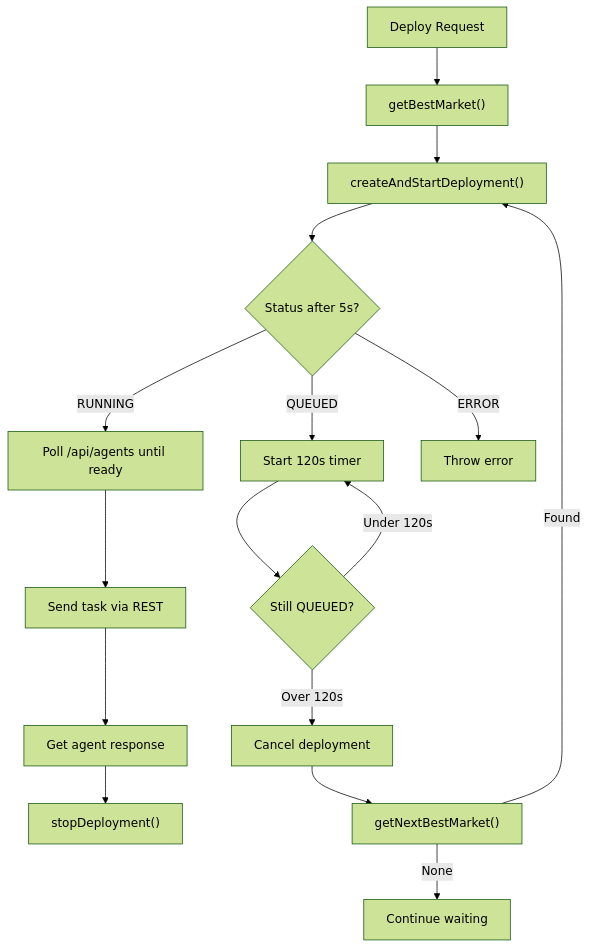
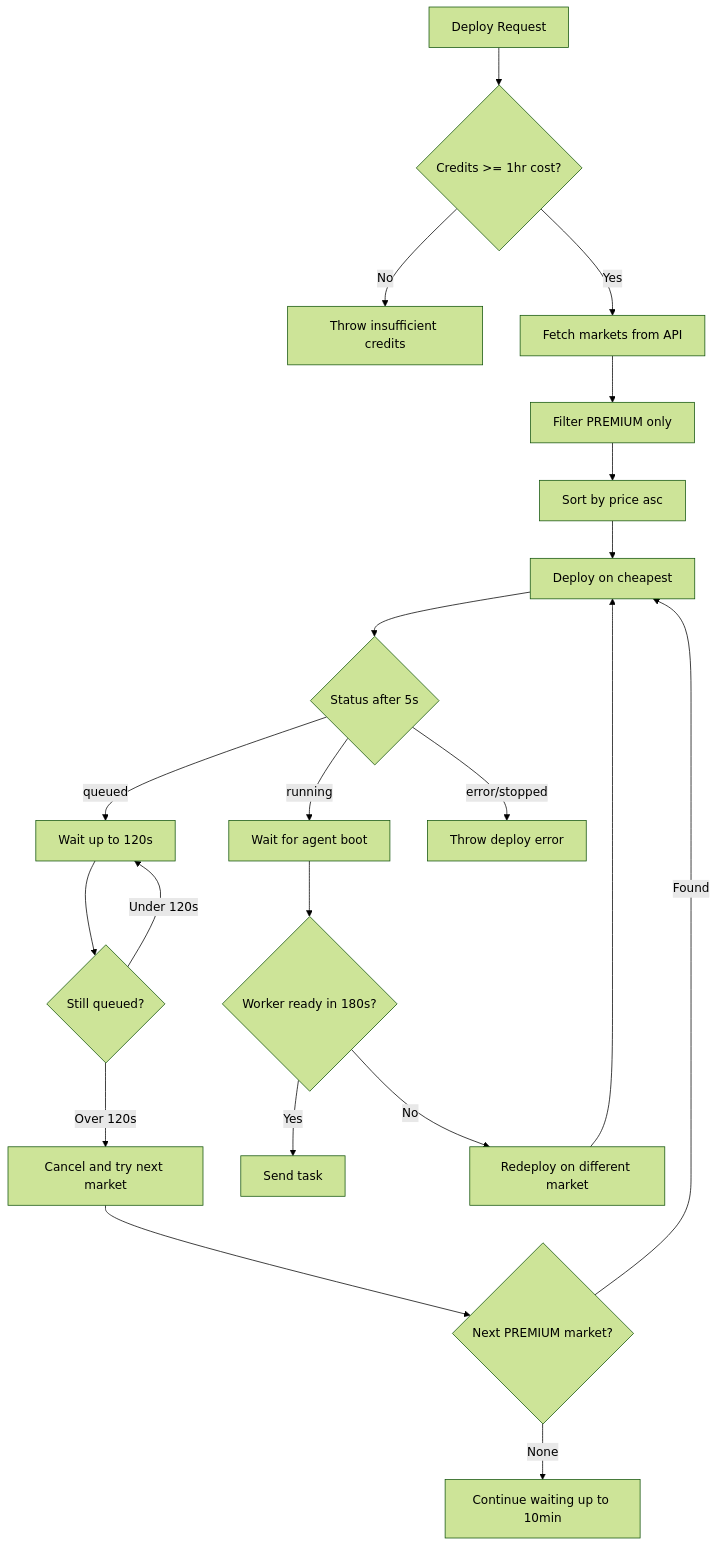
Before and after one commit to Andy00L/agent-challenge-4: the fourth of 4 diagrams in README.md, drawn with Mermaid (forest theme). The commit also changed other lines of this file and 55 other files, not shown here.

````diff
--- a/README.md
+++ b/README.md
@@ -171,18 +131,23 @@
 ```mermaid
 flowchart TD
-    Start[Deploy Request] --> Market["getBestMarket()"]
-    Market --> Deploy["createAndStartDeployment()"]
-    Deploy --> Check{Status after 5s?}
-    Check -->|RUNNING| Ready[Poll /api/agents until ready]
-    Check -->|QUEUED| Timer["Start 120s timer"]
-    Check -->|ERROR| Fail[Throw error]
-    Timer --> Still{Still QUEUED?}
-    Still -->|Under 120s| Timer
-    Still -->|Over 120s| Cancel[Cancel deployment]
-    Cancel --> Next["getNextBestMarket()"]
-    Next -->|Found| Deploy
-    Next -->|None| Wait[Continue waiting]
-    Ready --> Execute[Send task via REST]
-    Execute --> Response[Get agent response]
-    Response --> Stop["stopDeployment()"]
+    Start[Deploy Request] --> Credit{Credits >= 1hr cost?}
+    Credit -->|No| Fail[Throw insufficient credits]
+    Credit -->|Yes| Fetch[Fetch markets from API]
+    Fetch --> Filter[Filter PREMIUM only]
+    Filter --> Sort[Sort by price asc]
+    Sort --> Deploy[Deploy on cheapest]
+    Deploy --> Check{Status after 5s}
+    Check -->|running| Ready[Wait for agent boot]
+    Check -->|queued| QueueWait[Wait up to 120s]
+    Check -->|error/stopped| DeployFail[Throw deploy error]
+    QueueWait --> StillQ{Still queued?}
+    StillQ -->|Under 120s| QueueWait
+    StillQ -->|Over 120s| Cancel[Cancel and try next market]
+    Cancel --> NextMarket{Next PREMIUM market?}
+    NextMarket -->|Found| Deploy
+    NextMarket -->|None| KeepWaiting[Continue waiting up to 10min]
+    Ready --> Boot{Worker ready in 180s?}
+    Boot -->|Yes| Execute[Send task]
+    Boot -->|No| Retry[Redeploy on different market]
+    Retry --> Deploy
 ```
````
